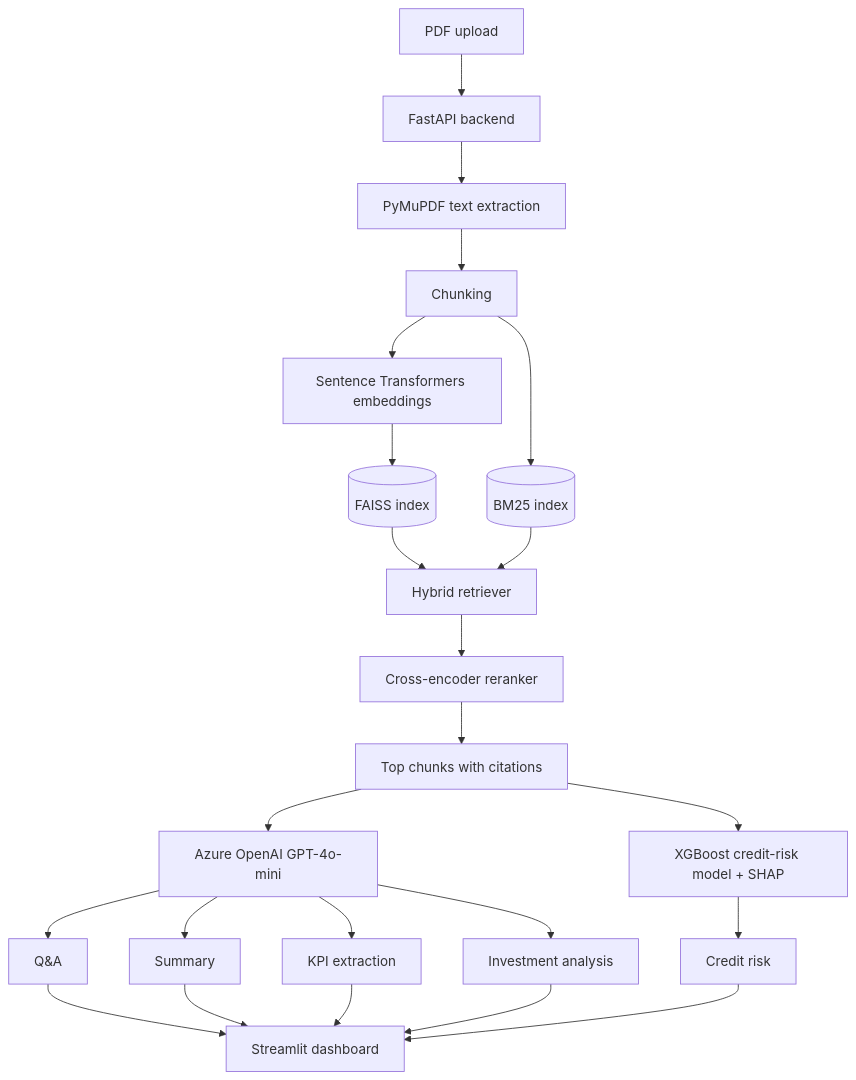
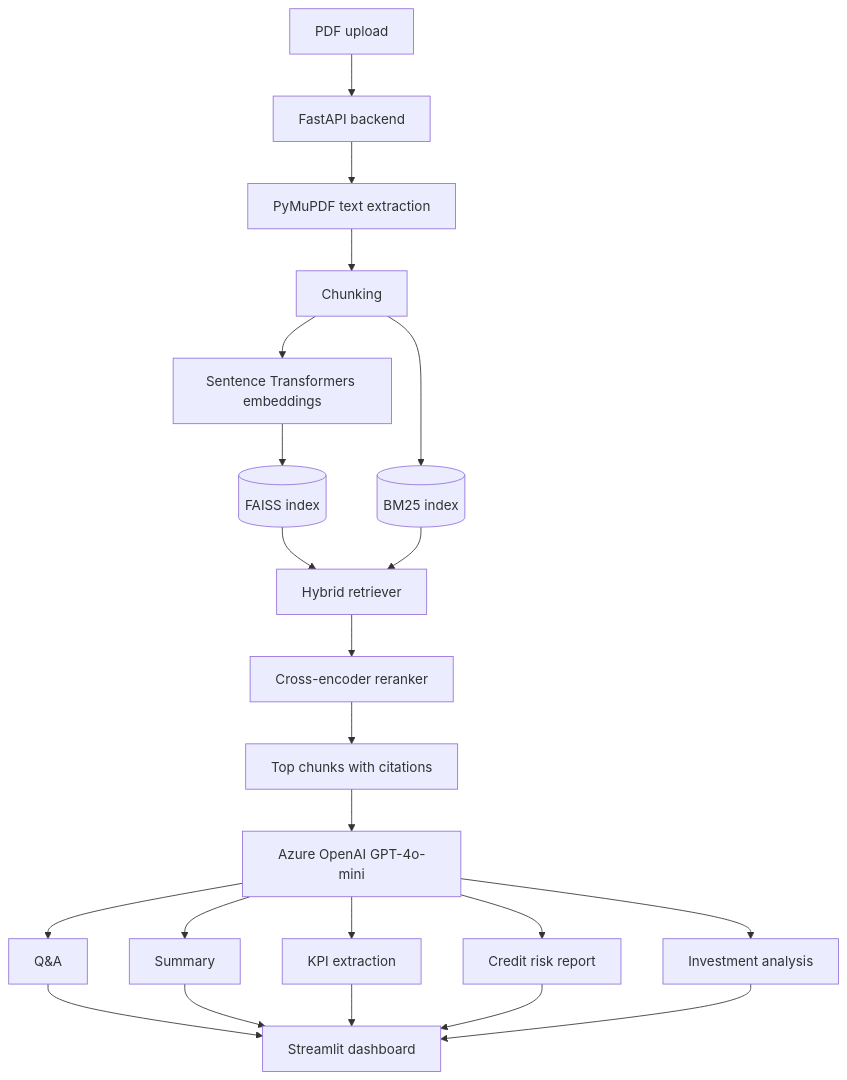
The first of 3 diagrams in README.md (VivekMane57/finsight-ai), drawn with Mermaid before and after one commit. The commit also changed other lines of this file, not shown here.

````diff
--- a/README.md
+++ b/README.md
@@ -35,25 +37,24 @@
 ```mermaid
 flowchart TD
     A[PDF upload] --> B[FastAPI backend]
     B --> C[PyMuPDF text extraction]
     C --> D[Chunking]
     D --> E[Sentence Transformers embeddings]
     E --> F[(FAISS index)]
     D --> G[(BM25 index)]
     F --> H[Hybrid retriever]
     G --> H
     H --> I[Cross-encoder reranker]
     I --> J[Top chunks with citations]
     J --> K[Azure OpenAI GPT-4o-mini]
     K --> L[Q&A]
     K --> M[Summary]
     K --> N[KPI extraction]
-    K --> O[Investment analysis]
-    J --> P[XGBoost credit-risk model + SHAP]
-    P --> Q[Credit risk]
+    K --> O[Credit risk report]
+    K --> P[Investment analysis]
     L --> R[Streamlit dashboard]
     M --> R
     N --> R
     O --> R
-    Q --> R
+    P --> R
 ```
````
